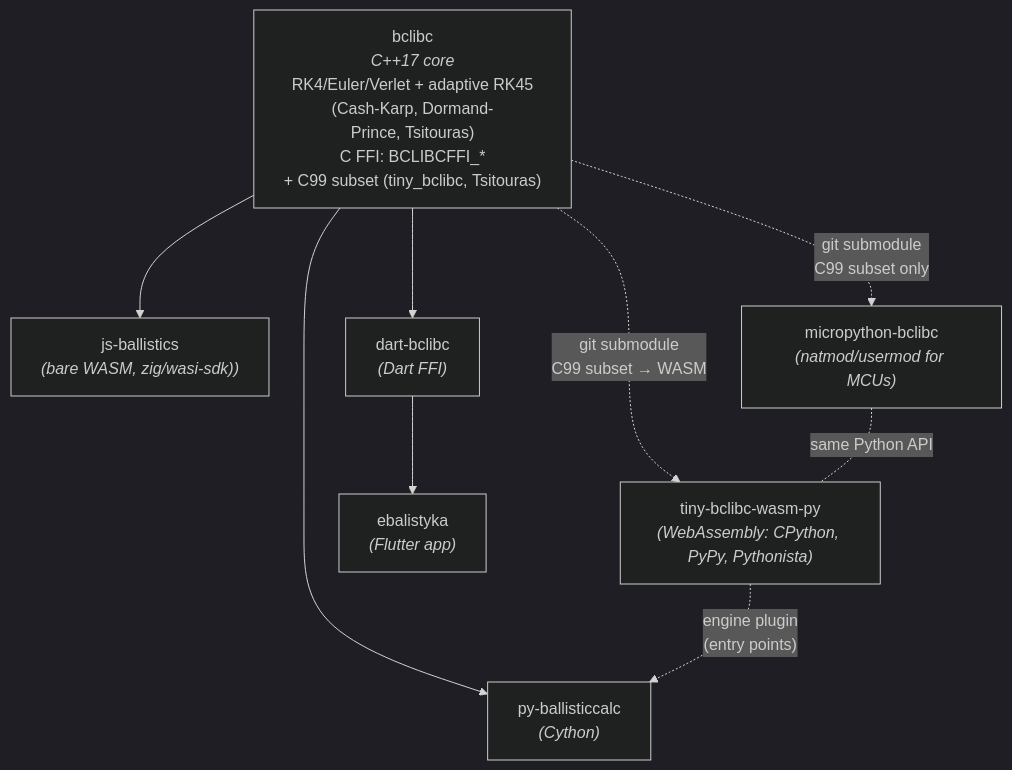
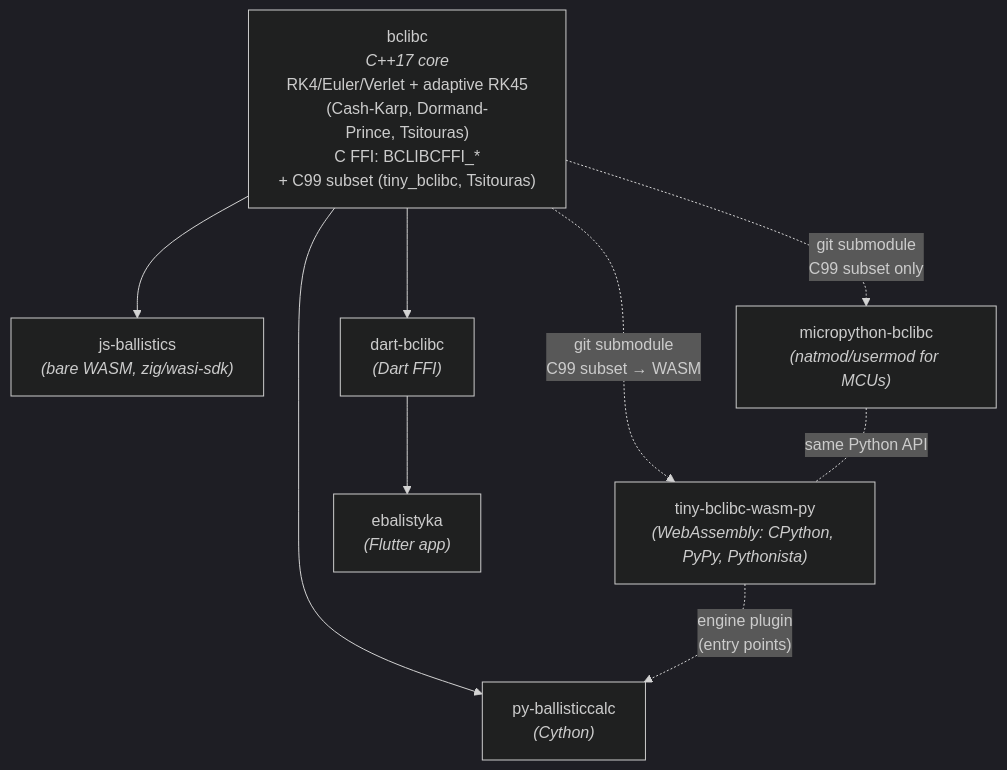
The first of 2 diagrams in profile/README.md (ballistics-lab/.github), drawn with Mermaid (dark theme) before and after one commit. The commit also changed other lines of this file, not shown here.

Commit message:
Refine flowchart and testing descriptions in README
Updated README.md to improve clarity and consistency in the flowchart and testing sections.

````diff
--- a/profile/README.md
+++ b/profile/README.md
@@ -23,13 +23,13 @@
 ```mermaid
 flowchart TD
     A["bclibc<br><i>C++17&nbsp;core</i><br>RK4/Euler/Verlet&nbsp;+&nbsp;adaptive&nbsp;RK45<br>(Cash-Karp,&nbsp;Dormand-Prince,&nbsp;Tsitouras)<br>C&nbsp;FFI:&nbsp;BCLIBCFFI_*<br>+&nbsp;C99&nbsp;subset&nbsp;(tiny_bclibc,&nbsp;Tsitouras)"]
 
     A --> B["py-ballisticcalc<br><i>(Cython)</i>"]
-    A --> C["js-ballistics<br><i>(bare WASM, zig/wasi-sdk))</i>"]
+    A --> C["js-ballistics<br><i>(bare WASM, zig/wasi-sdk)</i>"]
     A --> D["dart-bclibc<br><i>(Dart FFI)</i>"]
     A -.->|"git submodule<br>C99 subset only"| E["micropython-bclibc<br><i>(natmod/usermod for MCUs)</i>"]
     A -.->|"git submodule<br>C99 subset → WASM"| T["tiny-bclibc-wasm-py<br><i>(WebAssembly: CPython, PyPy, Pythonista)</i>"]
     T -.->|"engine plugin<br>(entry points)"| B
     E -.-|"same Python API"| T
     D --> F["ebalistyka<br><i>(Flutter app)</i>"]
 ```
````
